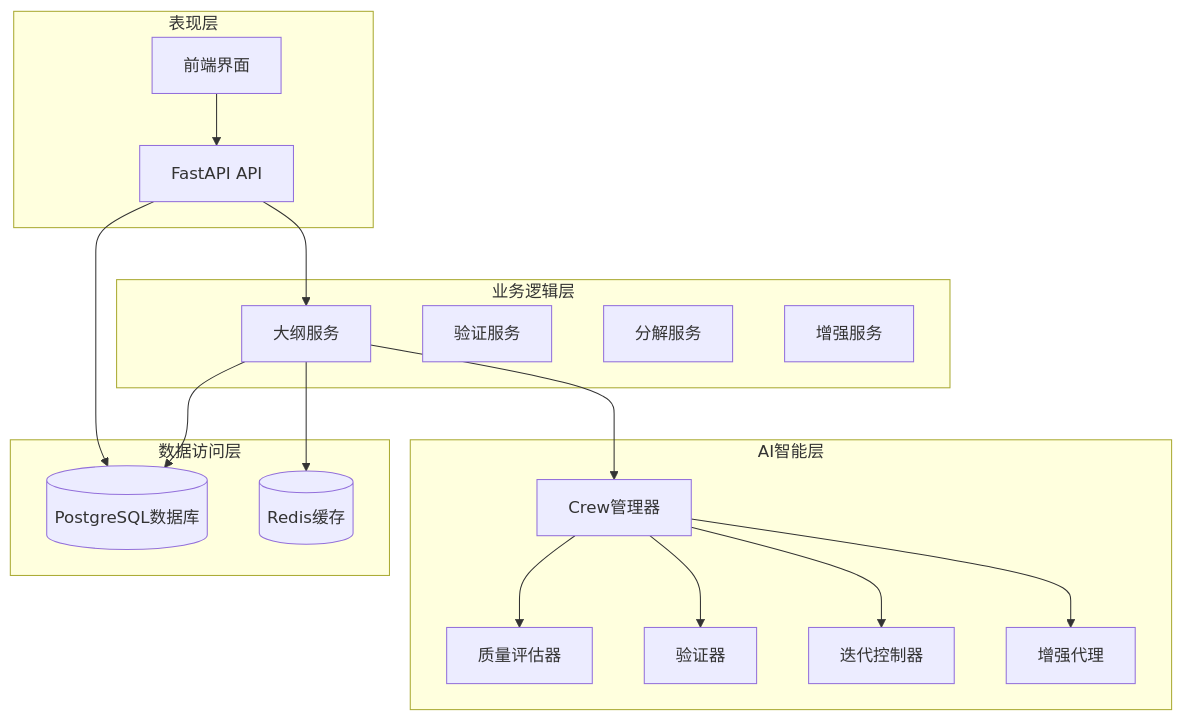
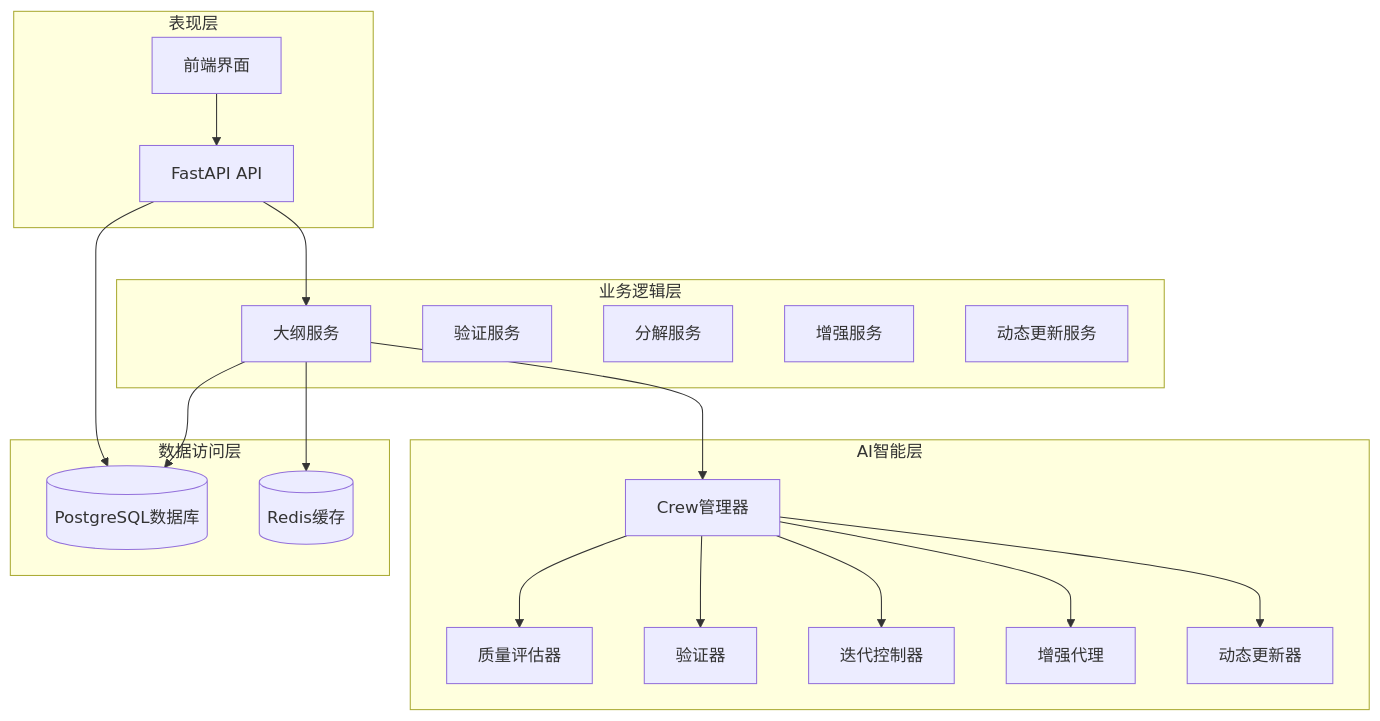
One commit to xfbyxq/ai-novel-system changed the second of 13 diagrams in .qoder/repowiki/zh/content/API接口文档/大纲管理API.md. Above: the diagram before and after it, drawn with Mermaid. The commit also changed other lines of this file and 43 other files, not shown here.

````diff
--- a/.qoder/repowiki/zh/content/API接口文档/大纲管理API.md
+++ b/.qoder/repowiki/zh/content/API接口文档/大纲管理API.md
@@ -117,34 +129,37 @@
 ```mermaid
 graph TB
 subgraph "表现层"
 UI[前端界面]
 API[FastAPI API]
 end
 subgraph "业务逻辑层"
 OutlineService[大纲服务]
 ValidationService[验证服务]
 DecompositionService[分解服务]
 EnhancementService[增强服务]
+DynamicUpdateService[动态更新服务]
 end
 subgraph "AI智能层"
 CrewManager[Crew管理器]
 QualityEvaluator[质量评估器]
 Validator[验证器]
 IterationController[迭代控制器]
 EnhancementAgent[增强代理]
+DynamicUpdater[动态更新器]
 end
 subgraph "数据访问层"
 Database[(PostgreSQL数据库)]
 Redis[(Redis缓存)]
 end
 UI --> API
 API --> OutlineService
 OutlineService --> CrewManager
 CrewManager --> QualityEvaluator
 CrewManager --> Validator
 CrewManager --> IterationController
 CrewManager --> EnhancementAgent
+CrewManager --> DynamicUpdater
 OutlineService --> Database
 API --> Database
 OutlineService --> Redis
 ```
````
